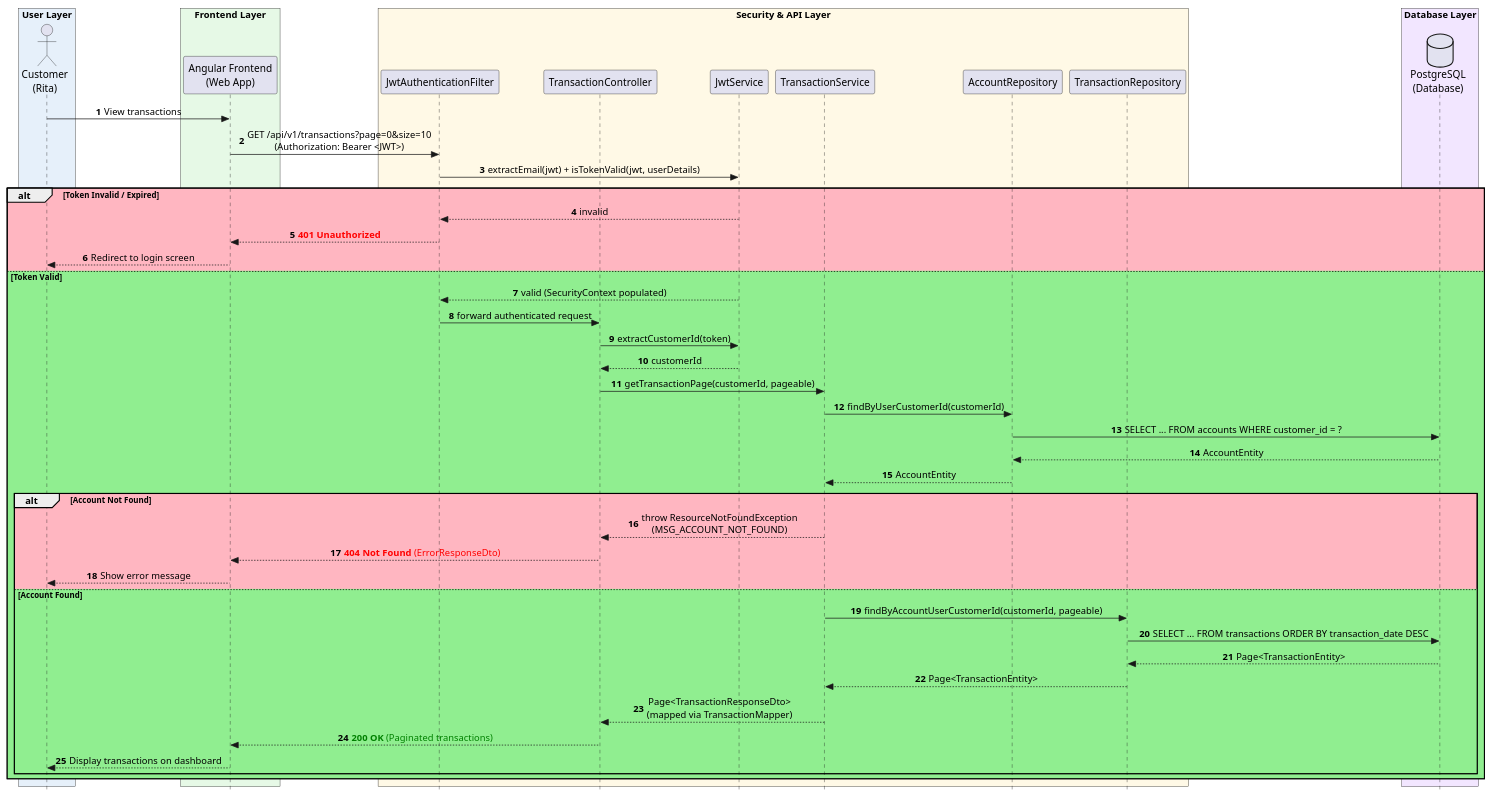
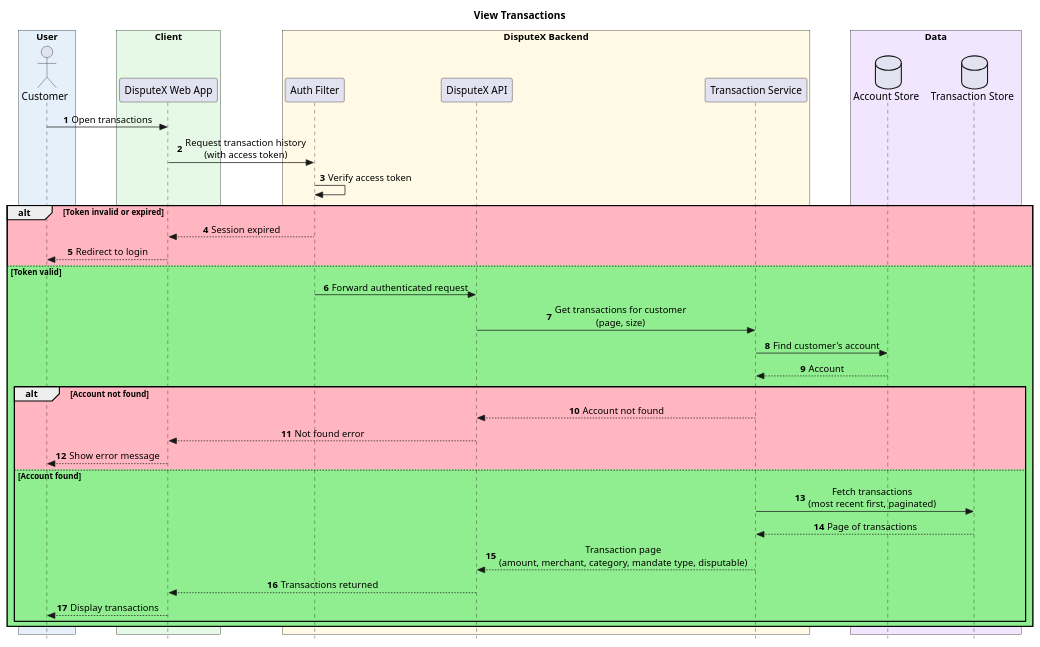
Before and after one commit to MOzil-10/Transaction-Dispute-Service: the diagram in sequenceDiagram/ViewTransactions.puml, drawn with PlantUML. The commit also changed 24 other files, not shown here.

Commit message:
Updated unit tests, updated the sequence diagrams and updated security as well

```diff
--- a/sequenceDiagram/ViewTransactions.puml
+++ b/sequenceDiagram/ViewTransactions.puml
@@ -1,63 +1,53 @@
 @startuml
+title View Transactions
 autonumber
 skinparam Style strictuml
 skinparam SequenceMessageAlignment center
 skinparam boxPadding 10
 
-box "User Layer" #E6F0FA
-actor "Customer\n(Rita)" as Customer
+box "User" #E6F0FA
+actor "Customer" as Customer
 end box
 
-box "Frontend Layer" #E6F9E6
-participant "Angular Frontend\n(Web App)" as Frontend
+box "Client" #E6F9E6
+participant "DisputeX Web App" as Frontend
 end box
 
-box "Security & API Layer" #FFF9E6
-participant "JwtAuthenticationFilter" as Filter
-participant "TransactionController" as Controller
-participant "JwtService" as JWT
-participant "TransactionService" as Service
-participant "AccountRepository" as AccountRepo
-participant "TransactionRepository" as TxnRepo
+box "DisputeX Backend" #FFF9E6
+participant "Auth Filter" as Filter
+participant "DisputeX API" as Api
+participant "Transaction Service" as Service
 end box
 
-box "Database Layer" #F2E6FF
-database "PostgreSQL\n(Database)" as DB
+box "Data" #F2E6FF
+database "Account Store" as AccountDB
+database "Transaction Store" as TxnDB
 end box
 
-Customer -> Frontend: View transactions
-Frontend -> Filter: GET /api/v1/transactions?page=0&size=10\n(Authorization: Bearer <JWT>)
+Customer -> Frontend: Open transactions
+Frontend -> Filter: Request transaction history\n(with access token)
 
-Filter -> JWT: extractEmail(jwt) + isTokenValid(jwt, userDetails)
-alt #LightPink Token Invalid / Expired
-    JWT --> Filter: invalid
-    Filter --> Frontend: <font color=red><b>401 Unauthorized</b></font>
-    Frontend --> Customer: Redirect to login screen
-else #LightGreen Token Valid
-    JWT --> Filter: valid (SecurityContext populated)
-    Filter -> Controller: forward authenticated request
+Filter -> Filter: Verify access token
+alt #LightPink Token invalid or expired
+    Filter --> Frontend: Session expired
+    Frontend --> Customer: Redirect to login
+else #LightGreen Token valid
+    Filter -> Api: Forward authenticated request
+    Api -> Service: Get transactions for customer\n(page, size)
 
-    Controller -> JWT: extractCustomerId(token)
-    JWT --> Controller: customerId
-    Controller -> Service: getTransactionPage(customerId, pageable)
+    Service -> AccountDB: Find customer's account
+    AccountDB --> Service: Account
 
-    Service -> AccountRepo: findByUserCustomerId(customerId)
-    AccountRepo -> DB: SELECT ... FROM accounts WHERE customer_id = ?
-    DB --> AccountRepo: AccountEntity
-    AccountRepo --> Service: AccountEntity
-
-    alt #LightPink Account Not Found
-        Service --> Controller: throw ResourceNotFoundException\n(MSG_ACCOUNT_NOT_FOUND)
-        Controller --> Frontend: <font color=red><b>404 Not Found</b> (ErrorResponseDto)</font>
+    alt #LightPink Account not found
+        Service --> Api: Account not found
+        Api --> Frontend: Not found error
         Frontend --> Customer: Show error message
-    else #LightGreen Account Found
-        Service -> TxnRepo: findByAccountUserCustomerId(customerId, pageable)
-        TxnRepo -> DB: SELECT ... FROM transactions ORDER BY transaction_date DESC
-        DB --> TxnRepo: Page<TransactionEntity>
-        TxnRepo --> Service: Page<TransactionEntity>
-        Service --> Controller: Page<TransactionResponseDto>\n(mapped via TransactionMapper)
-        Controller --> Frontend: <font color=green><b>200 OK</b> (Paginated transactions)</font>
-        Frontend --> Customer: Display transactions on dashboard
+    else #LightGreen Account found
+        Service -> TxnDB: Fetch transactions\n(most recent first, paginated)
+        TxnDB --> Service: Page of transactions
+        Service --> Api: Transaction page\n(amount, merchant, category, mandate type, disputable)
+        Api --> Frontend: Transactions returned
+        Frontend --> Customer: Display transactions
     end
 end
 @enduml
```
